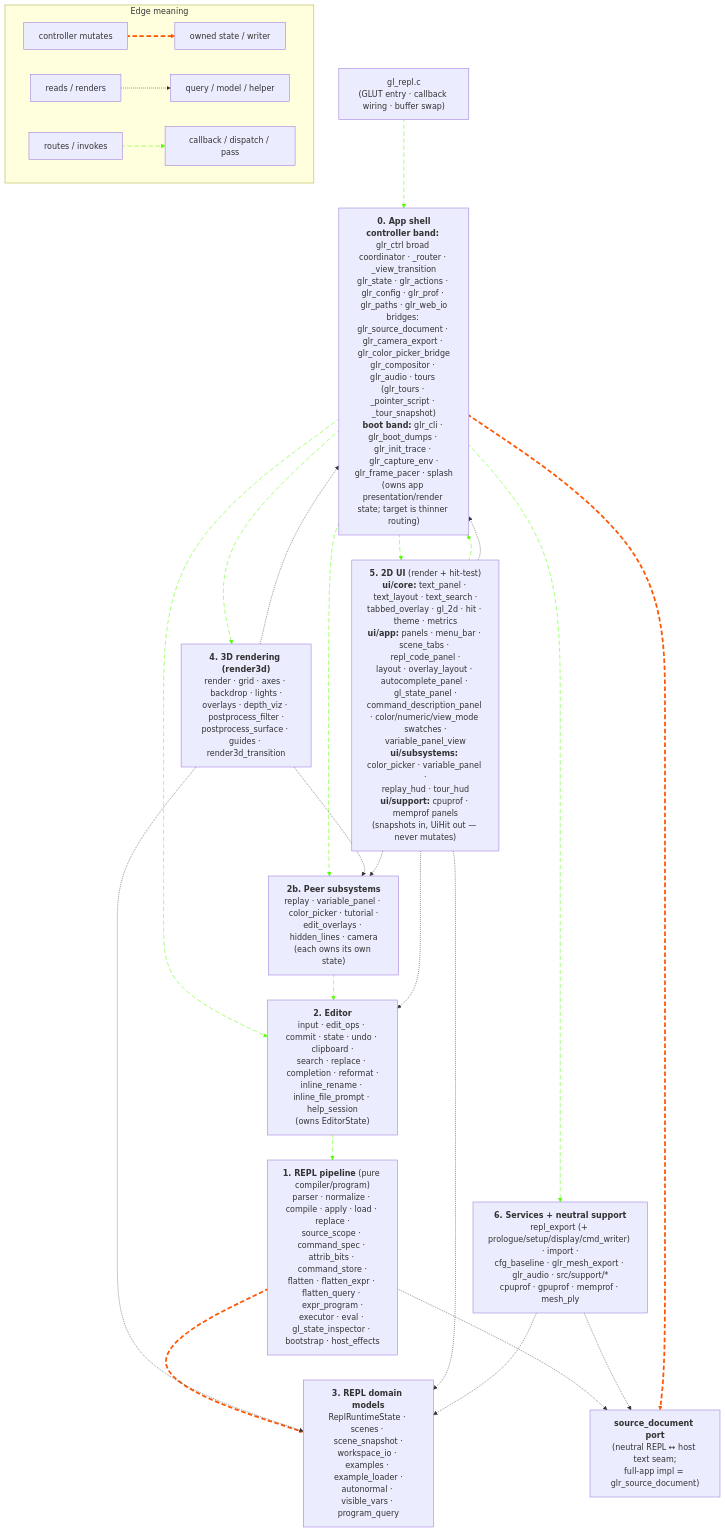
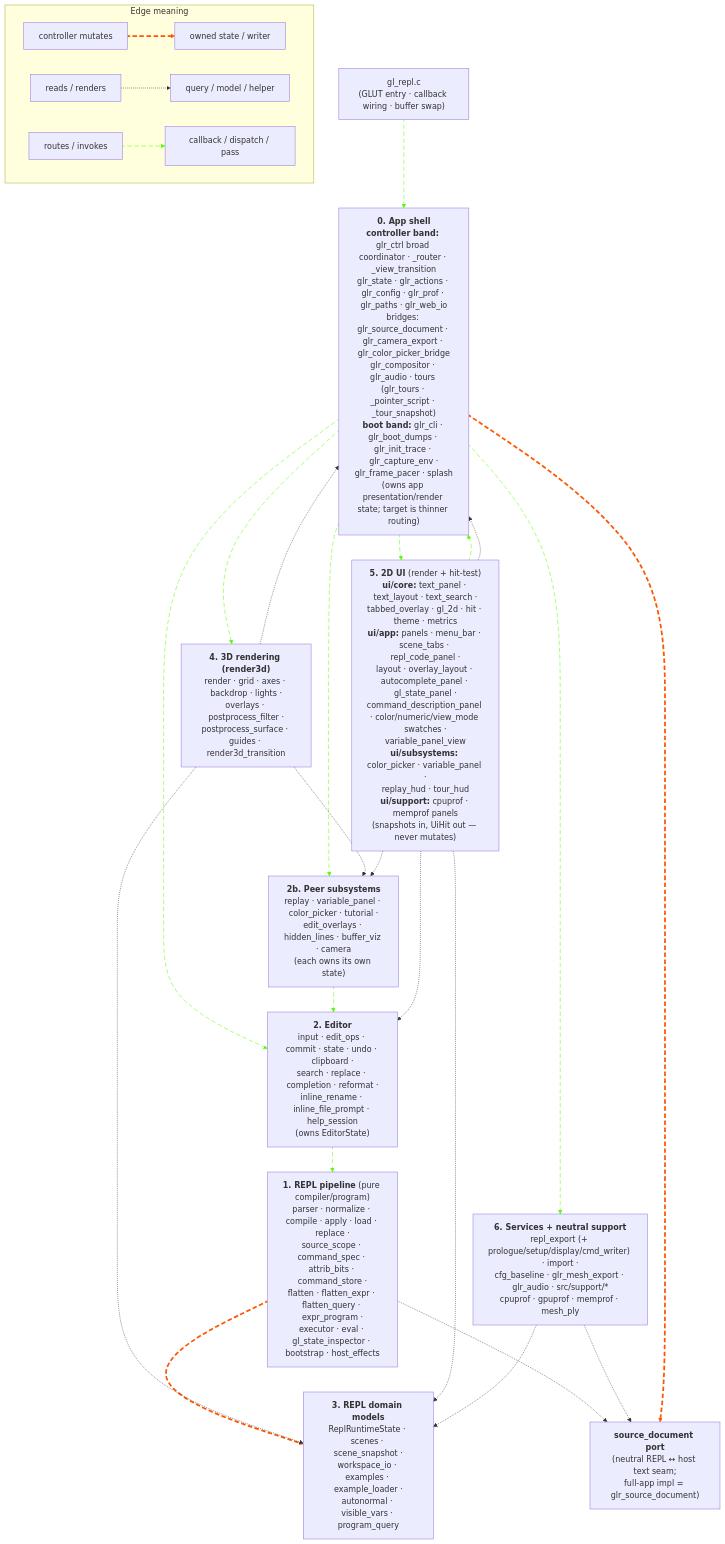
One commit to drewwoods/gl-repl changed the first of 2 diagrams in docs/MODULES.md. Above: the diagram before and after it, drawn with Mermaid. The commit also changed other lines of this file and 11 other files, not shown here.

First line of the commit message:
buffer_viz: relocate depth-viz into a subsystem peer

````diff
--- a/docs/MODULES.md
+++ b/docs/MODULES.md
@@ -715,79 +716,79 @@
 ```mermaid
 flowchart TB
     subgraph legend["Edge meaning"]
         lmut_a["controller mutates"] e1@==> lmut_b["owned state / writer"]
         lread_a["reads / renders"] -.-> lread_b["query / model / helper"]
         lflow_a["routes / invokes"] i1@--> lflow_b["callback / dispatch / pass"]
     end
 
     gl_repl["gl_repl.c<br/>(GLUT entry · callback wiring · buffer swap)"]
 
     app["<b>0. App shell</b><br/><b>controller band:</b> glr_ctrl broad coordinator · _router · _view_transition<br/>glr_state · glr_actions · glr_config · glr_prof · glr_paths · glr_web_io<br/>bridges: glr_source_document · glr_camera_export · glr_color_picker_bridge<br/>glr_compositor · glr_audio · tours (glr_tours · _pointer_script · _tour_snapshot)<br/><b>boot band:</b> glr_cli · glr_boot_dumps · glr_init_trace · glr_capture_env ·<br/>glr_frame_pacer · splash<br/>(owns app presentation/render state; target is thinner routing)"]
 
     editor["<b>2. Editor</b><br/>input · edit_ops · commit · state · undo · clipboard ·<br/>search · replace · completion · reformat ·<br/>inline_rename · inline_file_prompt · help_session<br/>(owns EditorState)"]
 
-    peers["<b>2b. Peer subsystems</b><br/>replay · variable_panel · color_picker · tutorial ·<br/>edit_overlays · hidden_lines · camera<br/>(each owns its own state)"]
+    peers["<b>2b. Peer subsystems</b><br/>replay · variable_panel · color_picker · tutorial ·<br/>edit_overlays · hidden_lines · buffer_viz · camera<br/>(each owns its own state)"]
 
     repl["<b>1. REPL pipeline</b> (pure compiler/program)<br/>parser · normalize · compile · apply · load · replace ·<br/>source_scope · command_spec · attrib_bits · command_store ·<br/>flatten · flatten_expr · flatten_query · expr_program ·<br/>executor · eval · gl_state_inspector · bootstrap · host_effects"]
 
     models["<b>3. REPL domain models</b><br/>ReplRuntimeState · scenes · scene_snapshot ·<br/>workspace_io · examples · example_loader ·<br/>autonormal · visible_vars · program_query"]
 
     srcdoc["<b>source_document port</b><br/>(neutral REPL ↔ host text seam;<br/>full-app impl = glr_source_document)"]
 
     ui["<b>5. 2D UI</b> (render + hit-test)<br/><b>ui/core:</b> text_panel · text_layout · text_search ·<br/>tabbed_overlay · gl_2d · hit · theme · metrics<br/><b>ui/app:</b> panels · menu_bar · scene_tabs · repl_code_panel ·<br/>layout · overlay_layout · autocomplete_panel · gl_state_panel ·<br/>command_description_panel · color/numeric/view_mode swatches ·<br/>variable_panel_view<br/><b>ui/subsystems:</b> color_picker · variable_panel ·<br/>replay_hud · tour_hud<br/><b>ui/support:</b> cpuprof · memprof panels<br/>(snapshots in, UiHit out — never mutates)"]
 
-    render3d["<b>4. 3D rendering (render3d)</b><br/>render · grid · axes · backdrop · lights ·<br/>overlays · depth_viz · postprocess_filter ·<br/>postprocess_surface · guides · render3d_transition"]
+    render3d["<b>4. 3D rendering (render3d)</b><br/>render · grid · axes · backdrop · lights ·<br/>overlays · postprocess_filter ·<br/>postprocess_surface · guides · render3d_transition"]
 
     services["<b>6. Services + neutral support</b><br/>repl_export (+ prologue/setup/display/cmd_writer) · import ·<br/>cfg_baseline · glr_mesh_export · glr_audio · src/support/*<br/>cpuprof · gpuprof · memprof · mesh_ply"]
 
     %% Raw input flow: gl_repl.c hands GLUT events to the app shell. UI
     %% hit-tests are passive — they compute a UiHit and hand it back to
     %% the controller for dispatch.
     gl_repl i2@--> app
     ui i3@--> app
 
     %% App shell routes raw input to the owning subsystem, drives the
     %% frame, and calls UI/render3d/services.
     app i4@--> editor
     app i5@--> peers
     app i6@--> render3d
     app i7@--> ui
     app i8@--> services
 
     %% Editor commit is the only path crossing INTO the REPL pipeline.
     %% REPL apply / command_store mutates the program model.
     editor i9@--> repl
     repl e2@==> models
 
     %% Peers write back through the editor (color_picker rewrites a
     %% source line via editor_commit_apply_external_change; the
     %% variable_panel drag rewrites a numeric token the same way).
     peers i10@--> editor
 
     %% Source-document port: REPL pipeline reads/writes source text
     %% through the neutral port, and services read source through it
     %% too. The full-app adapter (app layer) delegates writes to the
     %% editor buffer — editor stays the single underlying writer.
     repl -.-> srcdoc
     services -.-> srcdoc
     app e3@==> srcdoc
 
     %% Render is read-only: render3d and UI consume snapshots of program /
     %% editor / peer / app state. They never mutate.
     render3d -.-> models
     render3d -.-> peers
     render3d -.-> app
     ui -.-> editor
     ui -.-> models
     ui -.-> peers
     ui -.-> app
 
     %% Services read program and editor state to persist/replay.
     services -.-> models
 
     classDef animateE stroke:#f50,stroke-dasharray: 9\,5,stroke-dashoffset: 900,animation: dash 90s linear infinite;
     classDef animateF stroke:#5f0,stroke-dasharray: 9\,5,stroke-dashoffset: 900,animation: dash 90s linear infinite;
 
     class e1,e2,e3 animateE
     class i1,i2,i3,i4,i5,i6,i7,i8,i9,i10 animateF
 ```
````
